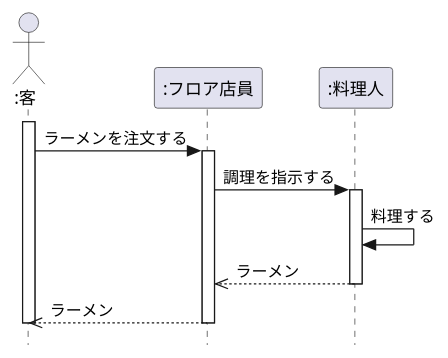
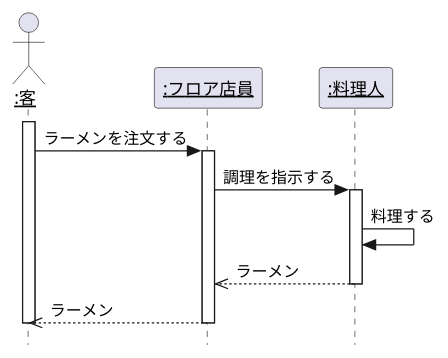
The diagram in 演習4-1_SD_ラーメン屋さんでの注文.pu (hosokawa3217/uml-exercises), drawn with PlantUML before and after one commit. The commit also changed 13 other files, not shown here.

```diff
--- a/演習4-1_SD_ラーメン屋さんでの注文.pu
+++ b/演習4-1_SD_ラーメン屋さんでの注文.pu
@@ -1,25 +1,25 @@
 @startuml
 hide footbox
 
 skinparam style strictuml /' 厳密なUMLに準拠する '/
-Actor ":客" as customer
-participant ":フロア店員" as clerk
-participant ":料理人" as cook
+Actor "<u>:客</u>" as customer
+participant "<u>:フロア店員</u>" as clerk
+participant "<u>:料理人</u>" as cook
 
 
 activate  customer
   customer -> clerk:ラーメンを注文する
 
     activate  clerk
       clerk -> cook:調理を指示する
       activate  cook
         cook -> cook : 料理する
       clerk <<-- cook:ラーメン
       deactivate cook
     
   customer <<-- clerk:ラーメン
   deactivate clerk
   
 deactivate customer
 
 @enduml
```
